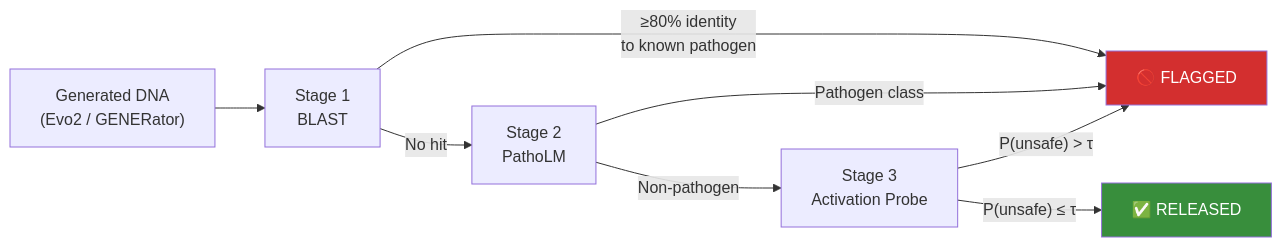
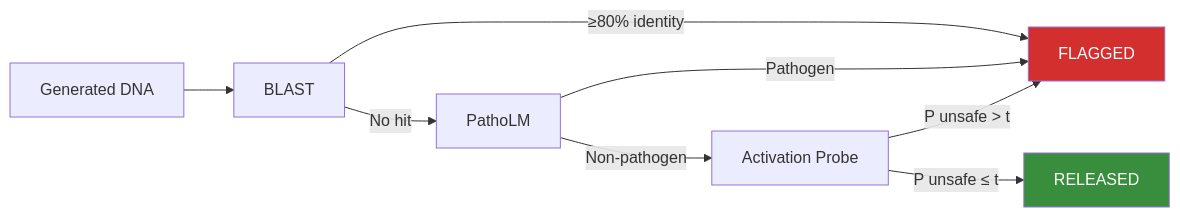
One commit to marapowney/Varsity26BioGaurdrails changed the first of 3 diagrams in README.md. Above: the diagram before and after it, drawn with Mermaid. The commit also changed other lines of this file, not shown here.

````diff
--- a/README.md
+++ b/README.md
@@ -15,13 +15,13 @@
 ```mermaid
 flowchart LR
-    A["Generated DNA\n(Evo2 / GENERator)"] --> B["Stage 1\nBLAST"]
-    B -->|"≥80% identity\nto known pathogen"| F["🚫 FLAGGED"]
-    B -->|"No hit"| C["Stage 2\nPathoLM"]
-    C -->|"Pathogen class"| F
-    C -->|"Non-pathogen"| D["Stage 3\nActivation Probe"]
-    D -->|"P(unsafe) > τ"| F
-    D -->|"P(unsafe) ≤ τ"| E["✅ RELEASED"]
+    A["Generated DNA"] --> B["BLAST"]
+    B -- "≥80% identity" --> F["FLAGGED"]
+    B -- "No hit" --> C["PathoLM"]
+    C -- "Pathogen" --> F
+    C -- "Non-pathogen" --> D["Activation Probe"]
+    D -- "P unsafe > t" --> F
+    D -- "P unsafe ≤ t" --> E["RELEASED"]
 
     style F fill:#d32f2f,color:#fff
     style E fill:#388e3c,color:#fff
 ```
````
